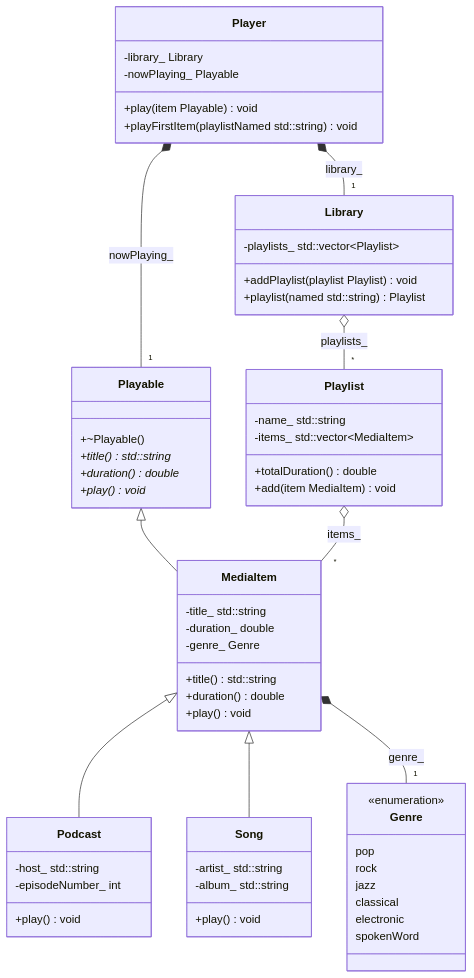
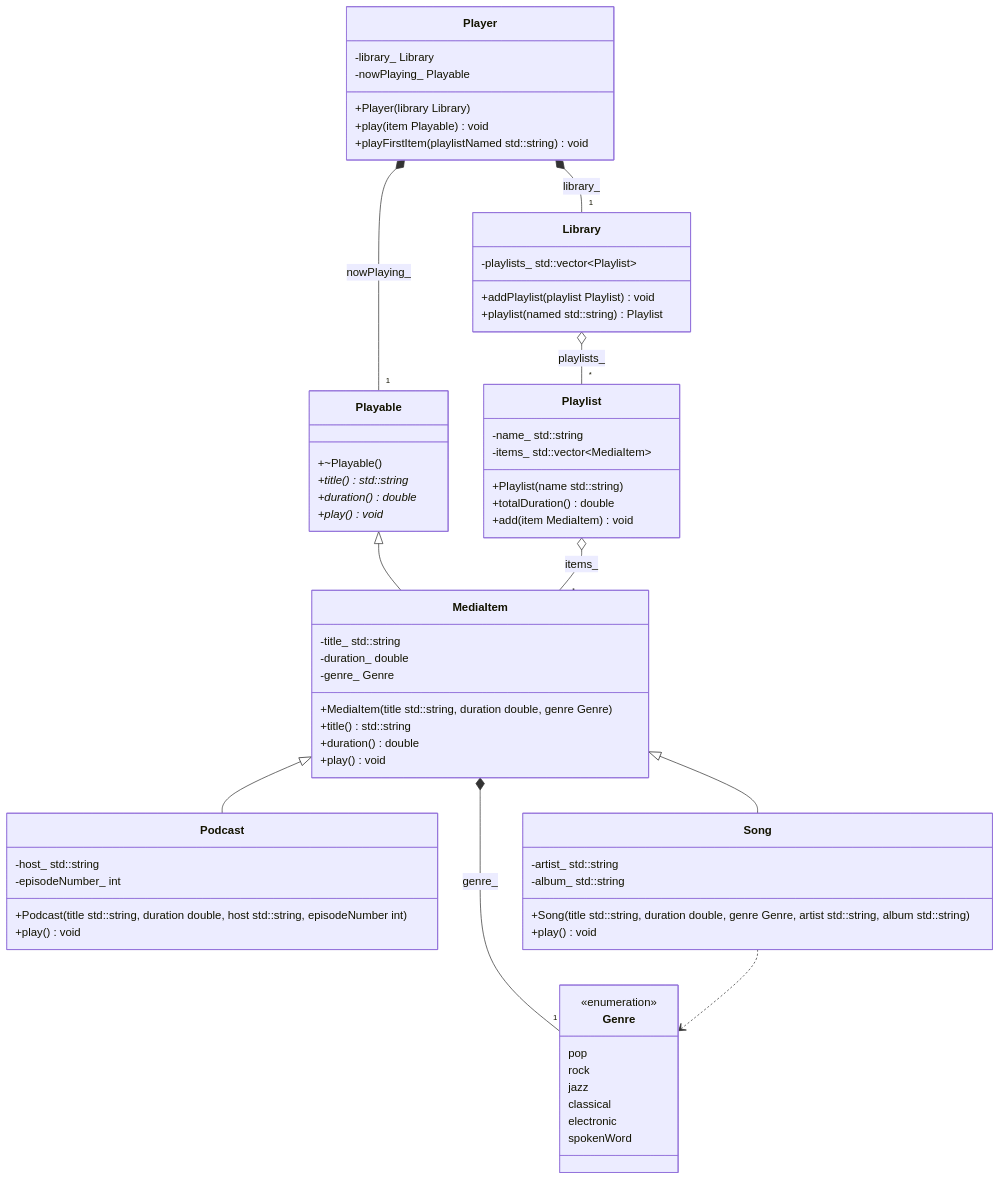
The diagram in Examples/ClassDiagram/Exports/cpp.mmd (pauljohanneskraft/Acai), drawn with Mermaid before and after one commit. The commit also changed 495 other files, not shown here.

```diff
--- a/Examples/ClassDiagram/Exports/cpp.mmd
+++ b/Examples/ClassDiagram/Exports/cpp.mmd
@@ -1,59 +1,65 @@
 classDiagram
     class Library["Library"] {
         -playlists_ std::vector~Playlist~
         +addPlaylist(playlist Playlist) void
         +playlist(named std::string) Playlist
     }
     class MediaItem["MediaItem"] {
         -title_ std::string
         -duration_ double
         -genre_ Genre
+        +MediaItem(title std::string, duration double, genre Genre)
         +title() std::string
         +duration() double
         +play() void
     }
     class Genre["Genre"] {
         <<enumeration>>
         pop
         rock
         jazz
         classical
         electronic
         spokenWord
     }
     class Playable["Playable"] {
         +~Playable()
         +title() std::string*
         +duration() double*
         +play() void*
     }
     class Player["Player"] {
         -library_ Library
         -nowPlaying_ Playable
+        +Player(library Library)
         +play(item Playable) void
         +playFirstItem(playlistNamed std::string) void
     }
     class Playlist["Playlist"] {
         -name_ std::string
         -items_ std::vector~MediaItem~
+        +Playlist(name std::string)
         +totalDuration() double
         +add(item MediaItem) void
     }
     class Podcast["Podcast"] {
         -host_ std::string
         -episodeNumber_ int
+        +Podcast(title std::string, duration double, host std::string, episodeNumber int)
         +play() void
     }
     class Song["Song"] {
         -artist_ std::string
         -album_ std::string
+        +Song(title std::string, duration double, genre Genre, artist std::string, album std::string)
         +play() void
     }
     Playable <|-- MediaItem
     MediaItem <|-- Podcast
     MediaItem <|-- Song
     Library o-- "*" Playlist : playlists_
     MediaItem *-- "1" Genre : genre_
     Player *-- "1" Library : library_
     Player *-- "1" Playable : nowPlaying_
     Playlist o-- "*" MediaItem : items_
+    Song ..> Genre
```
